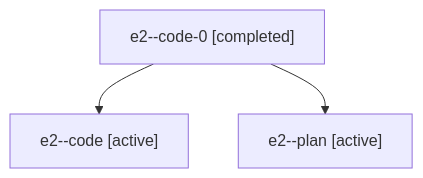
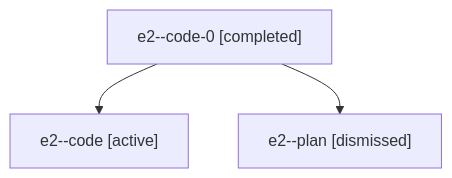
One commit to sase-org/sase--agents changed the diagram in sessions/bbugyi200.athena.e2.md. Above: the diagram before and after it, drawn with Mermaid. The commit also changed other lines of this file and 36 other files, not shown here.

````diff
--- a/sessions/bbugyi200.athena.e2.md
+++ b/sessions/bbugyi200.athena.e2.md
@@ -9,8 +9,8 @@
 ```mermaid
 flowchart TD
   n0["e2--code-0 [completed]"]
   n1["e2--code [active]"]
   n0 --> n1
-  n2["e2--plan [active]"]
+  n2["e2--plan [dismissed]"]
   n0 --> n2
 ```
````
